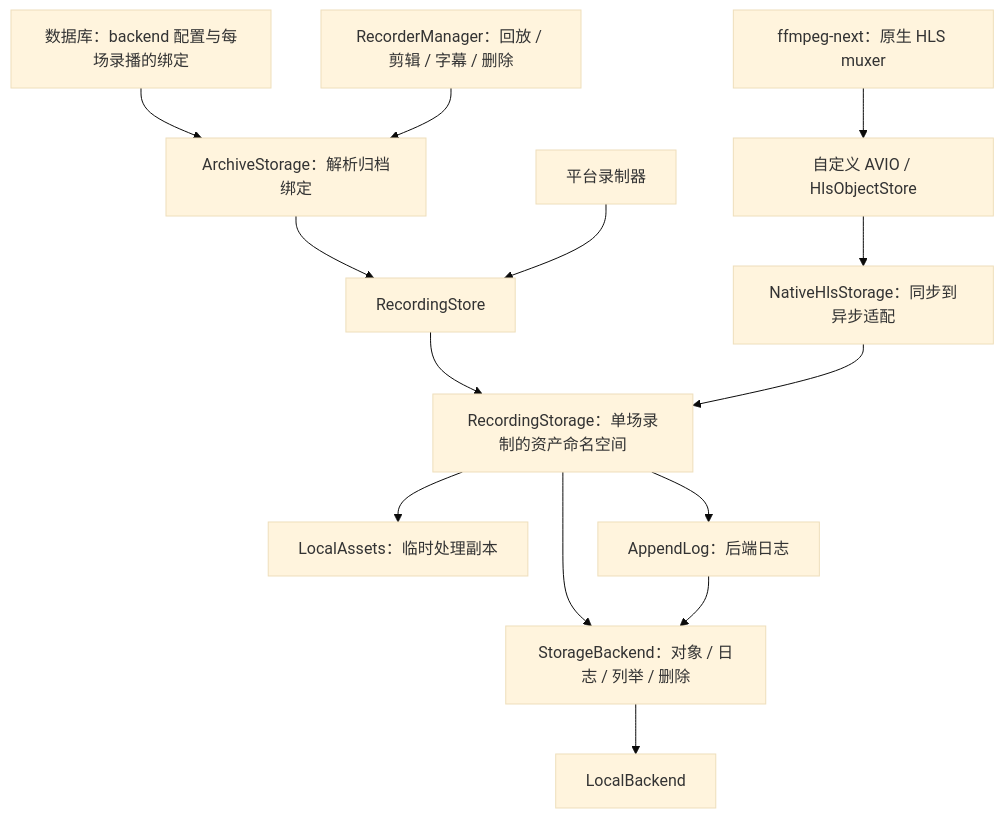
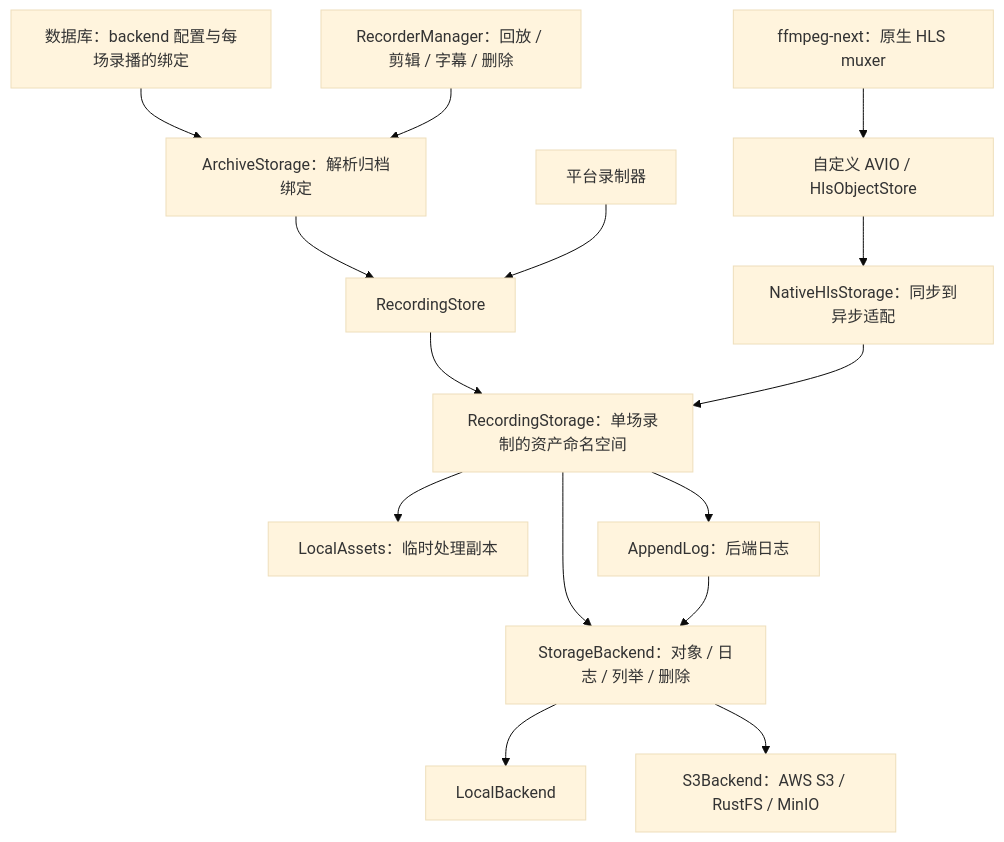
The diagram in docs/development/backend/recording-storage.md (Xinrea/bili-shadowreplay), drawn with Mermaid (base theme) before and after one commit. The commit also changed other lines of this file and 101 other files, not shown here.

````diff
--- a/docs/development/backend/recording-storage.md
+++ b/docs/development/backend/recording-storage.md
@@ -9,16 +11,17 @@
 ```mermaid
 flowchart TD
     DB["数据库：backend 配置与每场录播的绑定"] --> A0["ArchiveStorage：解析归档绑定"]
     A0 --> S["RecordingStore"]
     P["平台录制器"] --> S
     C["RecorderManager：回放 / 剪辑 / 字幕 / 删除"] --> A0
     S --> R["RecordingStorage：单场录制的资产命名空间"]
     R --> B["StorageBackend：对象 / 日志 / 列举 / 删除"]
     R --> W["LocalAssets：临时处理副本"]
     R --> L["AppendLog：后端日志"]
     L --> B
     B --> F["LocalBackend"]
+    B --> S3["S3Backend：AWS S3 / RustFS / MinIO"]
     N["ffmpeg-next：原生 HLS muxer"] --> I["自定义 AVIO / HlsObjectStore"]
     I --> A["NativeHlsStorage：同步到异步适配"]
     A --> R
 ```
````
